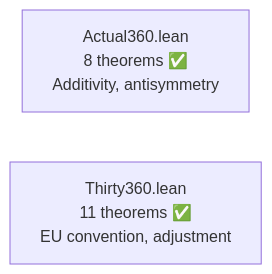
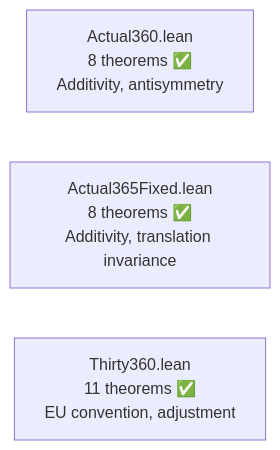
Before and after one commit to dsyme/QuantLib: the second of 11 diagrams in formal-verification/REPORT.md, drawn with Mermaid. The commit also changed other lines of this file and 1 other file, not shown here.

````diff
--- a/formal-verification/REPORT.md
+++ b/formal-verification/REPORT.md
@@ -54,5 +56,6 @@
 ```mermaid
 graph LR
     F1["Actual360.lean<br/>8 theorems ✅<br/>Additivity, antisymmetry"]
+    F2["Actual365Fixed.lean<br/>8 theorems ✅<br/>Additivity, translation invariance"]
     F4["Thirty360.lean<br/>11 theorems ✅<br/>EU convention, adjustment"]
 ```
````
